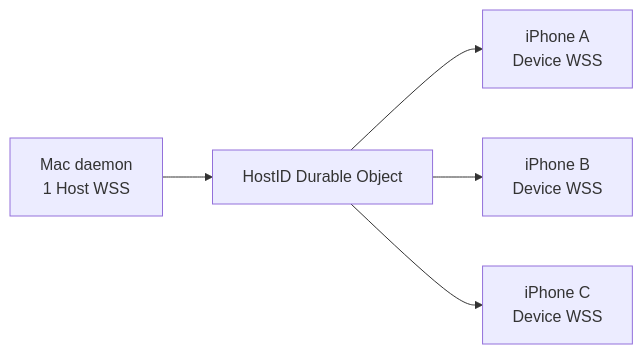
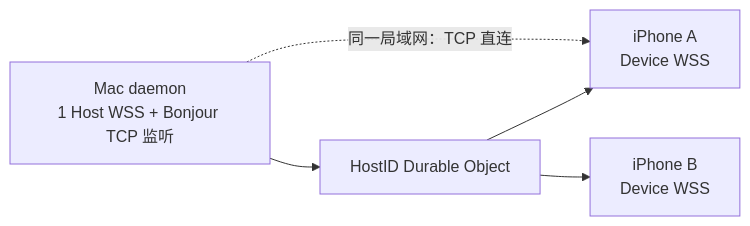
Before and after one commit to AFutureD/Lumi: the first of 2 diagrams in docs/design/relay-pairing-security.md, drawn with Mermaid. The commit also changed other lines of this file and 55 other files, not shown here.

````diff
--- a/docs/design/relay-pairing-security.md
+++ b/docs/design/relay-pairing-security.md
@@ -24,7 +24,7 @@
 ```mermaid
 flowchart LR
-    Mac["Mac daemon<br/>1 Host WSS"] --> DO["HostID Durable Object"]
+    Mac["Mac daemon<br/>1 Host WSS + Bonjour TCP 监听"] --> DO["HostID Durable Object"]
     DO --> A["iPhone A<br/>Device WSS"]
     DO --> B["iPhone B<br/>Device WSS"]
-    DO --> C["iPhone C<br/>Device WSS"]
+    Mac -. "同一局域网：TCP 直连" .-> A
 ```
````
